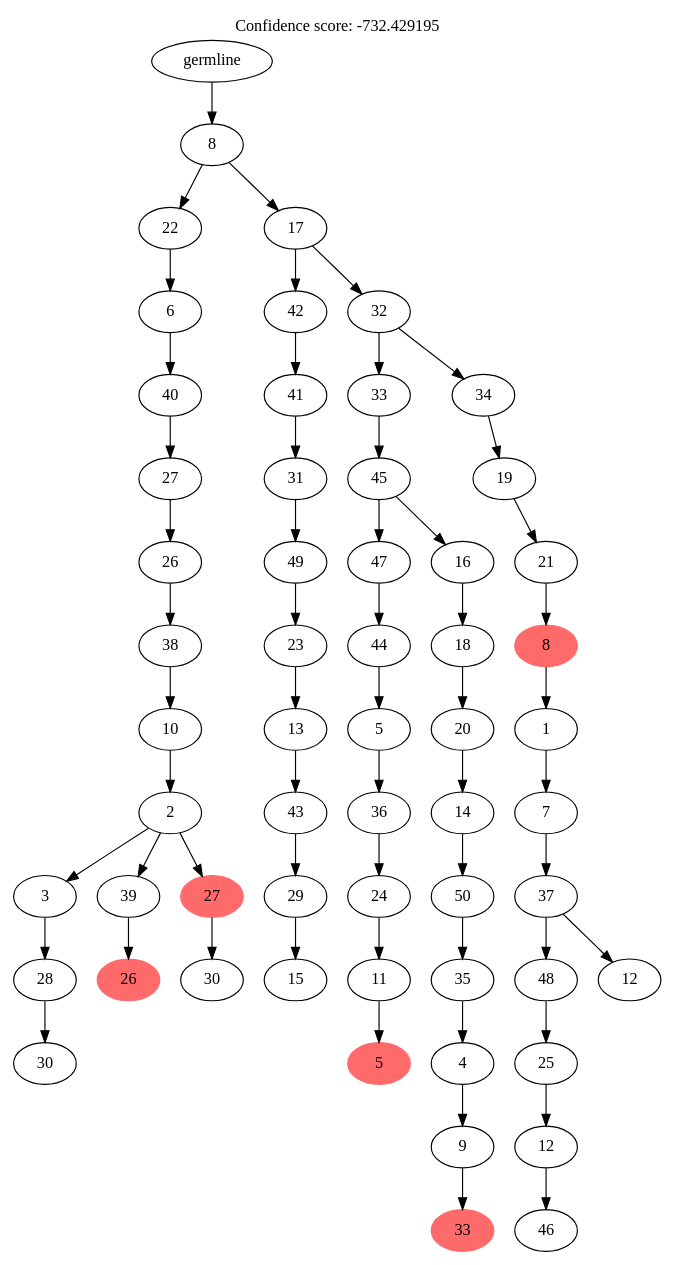
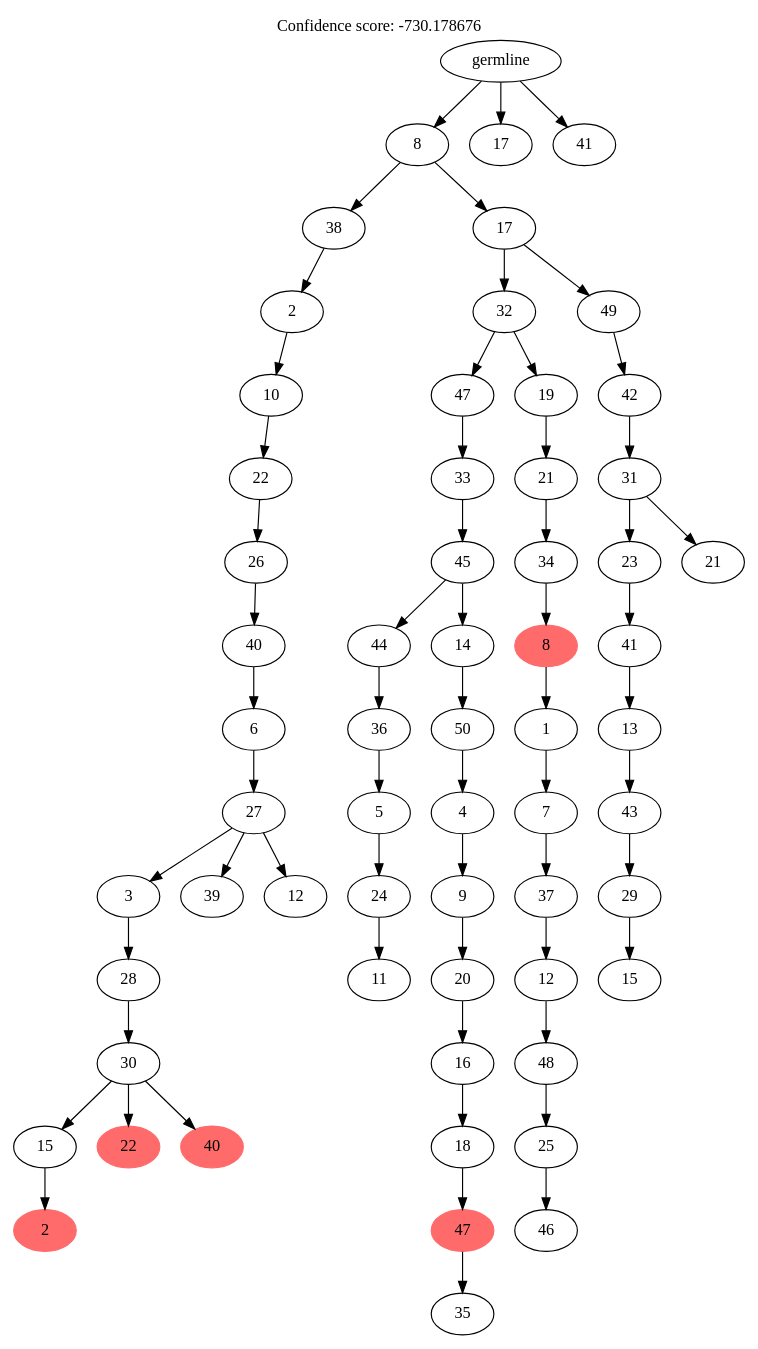
One commit to sciccolella/reSASC_supplements changed the diagram in data/exp4/sim_2_scs.sasc_rec.mlt.gv. Above: the diagram before and after it, drawn with Graphviz. The commit also changed 659 other files, not shown here.

```diff
--- a/data/exp4/sim_2_scs.sasc_rec.mlt.gv
+++ b/data/exp4/sim_2_scs.sasc_rec.mlt.gv
@@ -1,119 +1,125 @@
 digraph g {
-	"56" -> "57";
-	"57" [label="30"];
 	"55" -> "56";
-	"56" [label="28"];
-	"53" -> "54";
-	"54" [color=indianred1, style=filled, label="26"];
+	"56" [color=indianred1, style=filled, label="2"];
+	"52" -> "53";
+	"53" [color=indianred1, style=filled, label="22"];
+	"52" -> "54";
+	"54" [color=indianred1, style=filled, label="40"];
+	"52" -> "55";
+	"55" [label="15"];
 	"51" -> "52";
 	"52" [label="30"];
 	"50" -> "51";
-	"51" [color=indianred1, style=filled, label="27"];
-	"50" -> "53";
-	"53" [label="39"];
-	"50" -> "55";
-	"55" [label="3"];
+	"51" [label="28"];
 	"49" -> "50";
-	"50" [label="2"];
+	"50" [label="3"];
+	"49" -> "57";
+	"57" [label="39"];
+	"49" -> "58";
+	"58" [label="12"];
 	"48" -> "49";
-	"49" [label="10"];
+	"49" [label="27"];
 	"47" -> "48";
-	"48" [label="38"];
+	"48" [label="6"];
 	"46" -> "47";
-	"47" [label="26"];
+	"47" [label="40"];
 	"45" -> "46";
-	"46" [label="27"];
+	"46" [label="26"];
 	"44" -> "45";
-	"45" [label="40"];
+	"45" [label="22"];
 	"43" -> "44";
-	"44" [label="6"];
-	"41" -> "42";
-	"42" [label="15"];
+	"44" [label="10"];
+	"42" -> "43";
+	"43" [label="2"];
 	"40" -> "41";
-	"41" [label="29"];
+	"41" [label="11"];
 	"39" -> "40";
-	"40" [label="43"];
+	"40" [label="24"];
 	"38" -> "39";
-	"39" [label="13"];
+	"39" [label="5"];
 	"37" -> "38";
-	"38" [label="23"];
-	"36" -> "37";
-	"37" [label="49"];
+	"38" [label="36"];
 	"35" -> "36";
-	"36" [label="31"];
+	"36" [label="35"];
 	"34" -> "35";
-	"35" [label="41"];
+	"35" [color=indianred1, style=filled, label="47"];
+	"33" -> "34";
+	"34" [label="18"];
 	"32" -> "33";
-	"33" [color=indianred1, style=filled, label="5"];
+	"33" [label="16"];
 	"31" -> "32";
-	"32" [label="11"];
+	"32" [label="20"];
 	"30" -> "31";
-	"31" [label="24"];
+	"31" [label="9"];
 	"29" -> "30";
-	"30" [label="36"];
+	"30" [label="4"];
 	"28" -> "29";
-	"29" [label="5"];
+	"29" [label="50"];
 	"27" -> "28";
-	"28" [label="44"];
+	"28" [label="14"];
+	"27" -> "37";
+	"37" [label="44"];
+	"26" -> "27";
+	"27" [label="45"];
 	"25" -> "26";
-	"26" [color=indianred1, style=filled, label="33"];
-	"24" -> "25";
-	"25" [label="9"];
+	"26" [label="33"];
 	"23" -> "24";
-	"24" [label="4"];
+	"24" [label="46"];
 	"22" -> "23";
-	"23" [label="35"];
+	"23" [label="25"];
 	"21" -> "22";
-	"22" [label="50"];
+	"22" [label="48"];
 	"20" -> "21";
-	"21" [label="14"];
+	"21" [label="12"];
 	"19" -> "20";
-	"20" [label="20"];
+	"20" [label="37"];
 	"18" -> "19";
-	"19" [label="18"];
+	"19" [label="7"];
 	"17" -> "18";
-	"18" [label="16"];
-	"17" -> "27";
-	"27" [label="47"];
+	"18" [label="1"];
 	"16" -> "17";
-	"17" [label="45"];
+	"17" [color=indianred1, style=filled, label="8"];
+	"15" -> "16";
+	"16" [label="34"];
 	"14" -> "15";
-	"15" [label="46"];
+	"15" [label="21"];
 	"13" -> "14";
-	"14" [label="12"];
-	"12" -> "13";
-	"13" [label="25"];
+	"14" [label="19"];
+	"13" -> "25";
+	"25" [label="47"];
 	"10" -> "11";
-	"11" [label="12"];
-	"10" -> "12";
-	"12" [label="48"];
+	"11" [label="15"];
 	"9" -> "10";
-	"10" [label="37"];
+	"10" [label="29"];
 	"8" -> "9";
-	"9" [label="7"];
+	"9" [label="43"];
 	"7" -> "8";
-	"8" [label="1"];
+	"8" [label="13"];
 	"6" -> "7";
-	"7" [color=indianred1, style=filled, label="8"];
+	"7" [label="41"];
 	"5" -> "6";
-	"6" [label="21"];
+	"6" [label="23"];
+	"5" -> "12";
+	"12" [label="21"];
 	"4" -> "5";
-	"5" [label="19"];
+	"5" [label="31"];
 	"3" -> "4";
-	"4" [label="34"];
-	"3" -> "16";
-	"16" [label="33"];
+	"4" [label="42"];
 	"2" -> "3";
-	"3" [label="32"];
-	"2" -> "34";
-	"34" [label="42"];
+	"3" [label="49"];
+	"2" -> "13";
+	"13" [label="32"];
 	"1" -> "2";
 	"2" [label="17"];
-	"1" -> "43";
-	"43" [label="22"];
+	"1" -> "42";
+	"42" [label="38"];
 	"0" -> "1";
 	"1" [label="8"];
+	"0" -> "59";
+	"59" [label="17"];
+	"0" -> "60";
+	"60" [label="41"];
 	"0" [label="germline"];
 	labelloc="t";
-	label="Confidence score: -732.429195";
+	label="Confidence score: -730.178676";
 }
```
